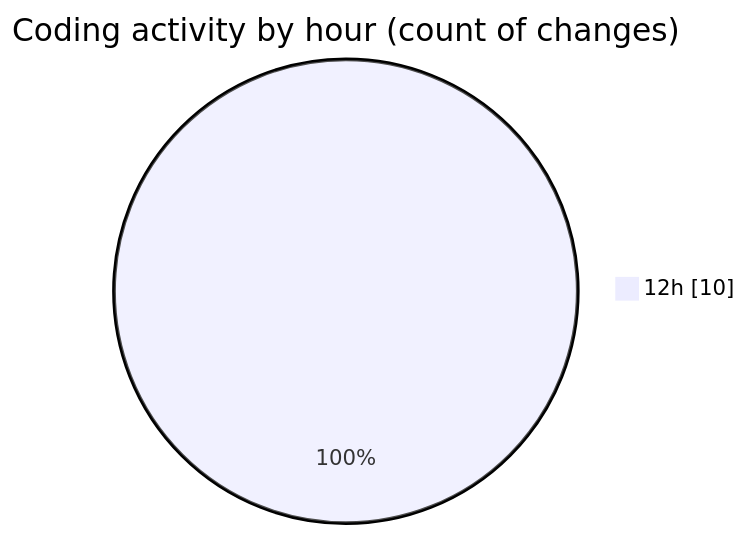
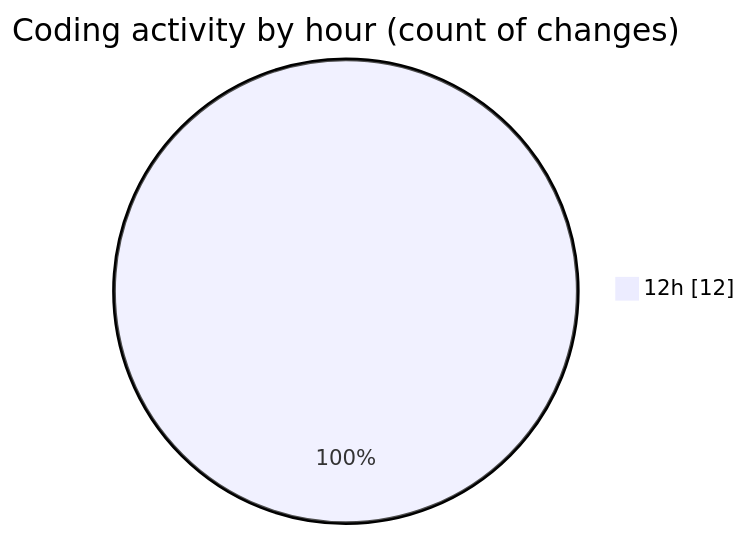
One commit to LanceThiago/code-tracking changed the second of 2 diagrams in 2025-04-11/web/README.md. Above: the diagram before and after it, drawn with Mermaid. The commit also changed other lines of this file and 1 other file, not shown here.

````diff
--- a/2025-04-11/web/README.md
+++ b/2025-04-11/web/README.md
@@ -30,5 +30,5 @@
 ```mermaid
 pie showData
 title Coding activity by hour (count of changes)
-"12h" : 10
+"12h" : 12
 ```
````
